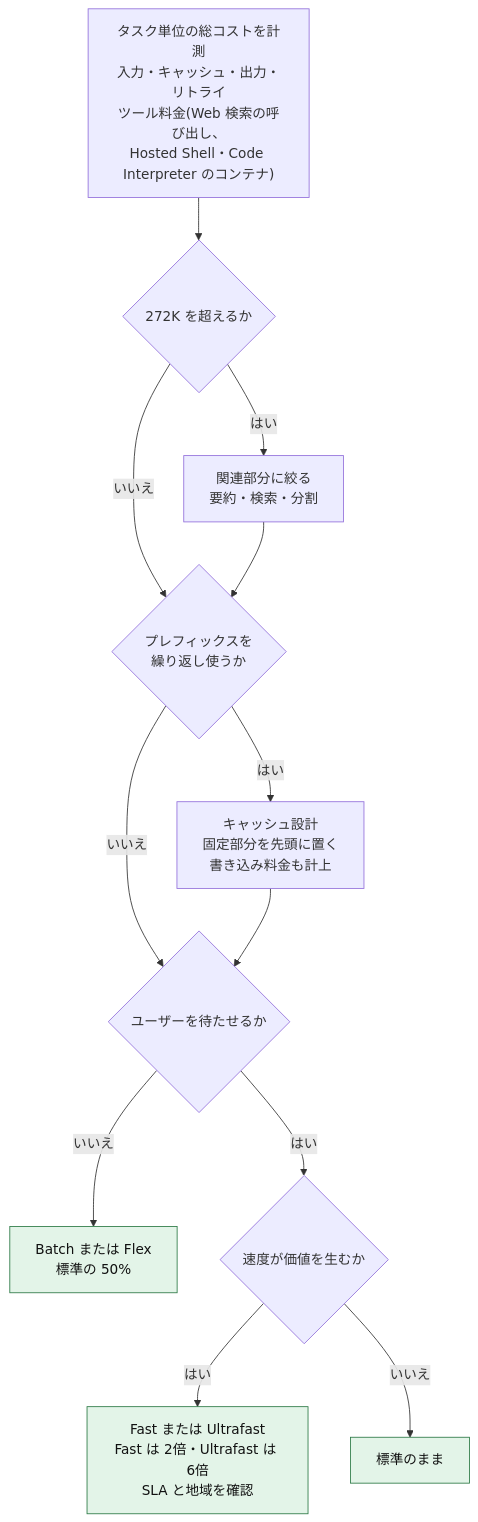
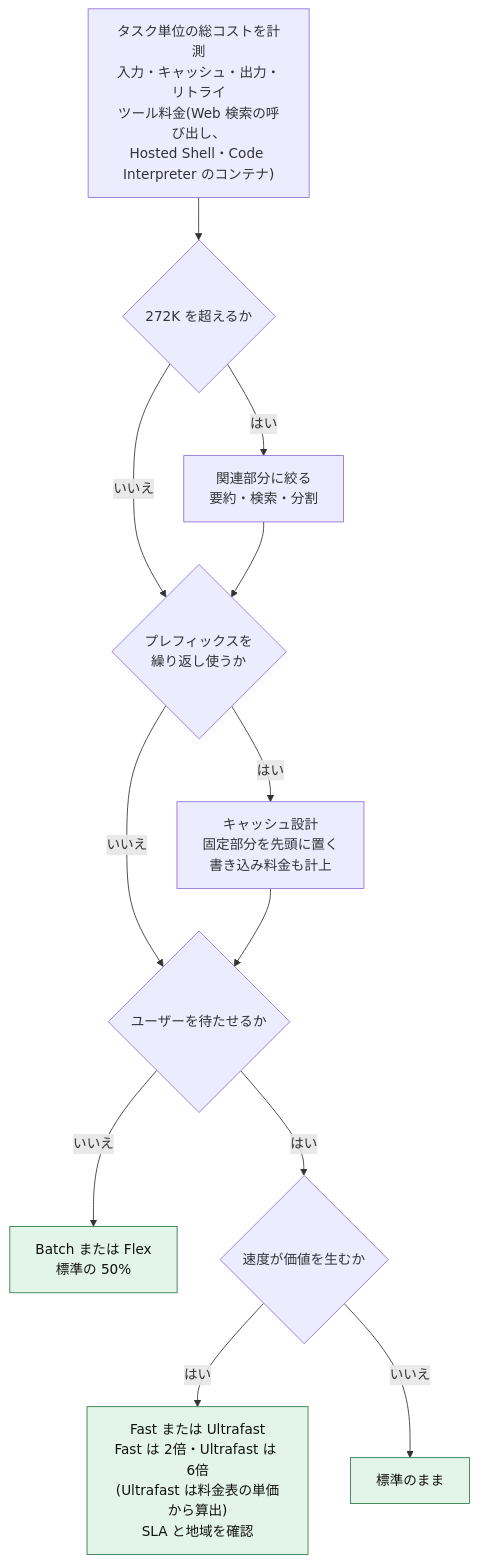
Before and after one commit to myoshi2891/Comparison-of-LLMs: the tenth of 12 diagrams in Openai-gpt-6-astra-best-practices-guide.md, drawn with Mermaid. The commit also changed other lines of this file and 1 other file, not shown here.

Commit message:
docs(openai): clarify Cloud config isolation in Codex guide, and detail Ultrafast requirements, tiers, and pricing in Astra guide

````diff
--- a/Openai-gpt-6-astra-best-practices-guide.md
+++ b/Openai-gpt-6-astra-best-practices-guide.md
@@ -687,16 +694,16 @@
 ```mermaid
 flowchart TB
   A["タスク単位の総コストを計測<br/>入力・キャッシュ・出力・リトライ<br/>ツール料金(Web 検索の呼び出し、<br/>Hosted Shell・Code Interpreter のコンテナ)"] --> B{"272K を超えるか"}
   B -- "はい" --> C["関連部分に絞る<br/>要約・検索・分割"]
   B -- "いいえ" --> D{"プレフィックスを<br/>繰り返し使うか"}
   C --> D
   D -- "はい" --> E["キャッシュ設計<br/>固定部分を先頭に置く<br/>書き込み料金も計上"]
   D -- "いいえ" --> F{"ユーザーを待たせるか"}
   E --> F
   F -- "いいえ" --> G["Batch または Flex<br/>標準の 50%"]
   F -- "はい" --> H{"速度が価値を生むか"}
-  H -- "はい" --> I["Fast または Ultrafast<br/>Fast は 2倍・Ultrafast は 6倍<br/>SLA と地域を確認"]
+  H -- "はい" --> I["Fast または Ultrafast<br/>Fast は 2倍・Ultrafast は 6倍<br/>(Ultrafast は料金表の単価から算出)<br/>SLA と地域を確認"]
   H -- "いいえ" --> J["標準のまま"]
   classDef ok fill:#e3f4e8,stroke:#2d7a46,color:#111
   class G,I,J ok
 ```
````
